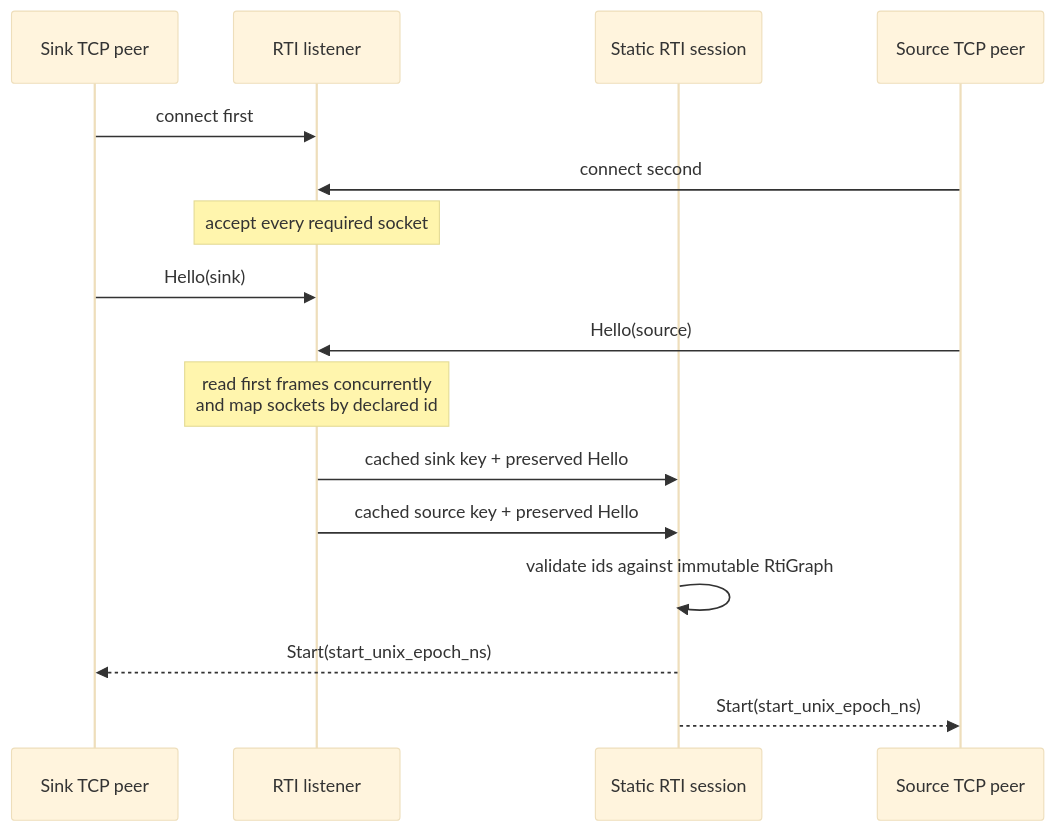
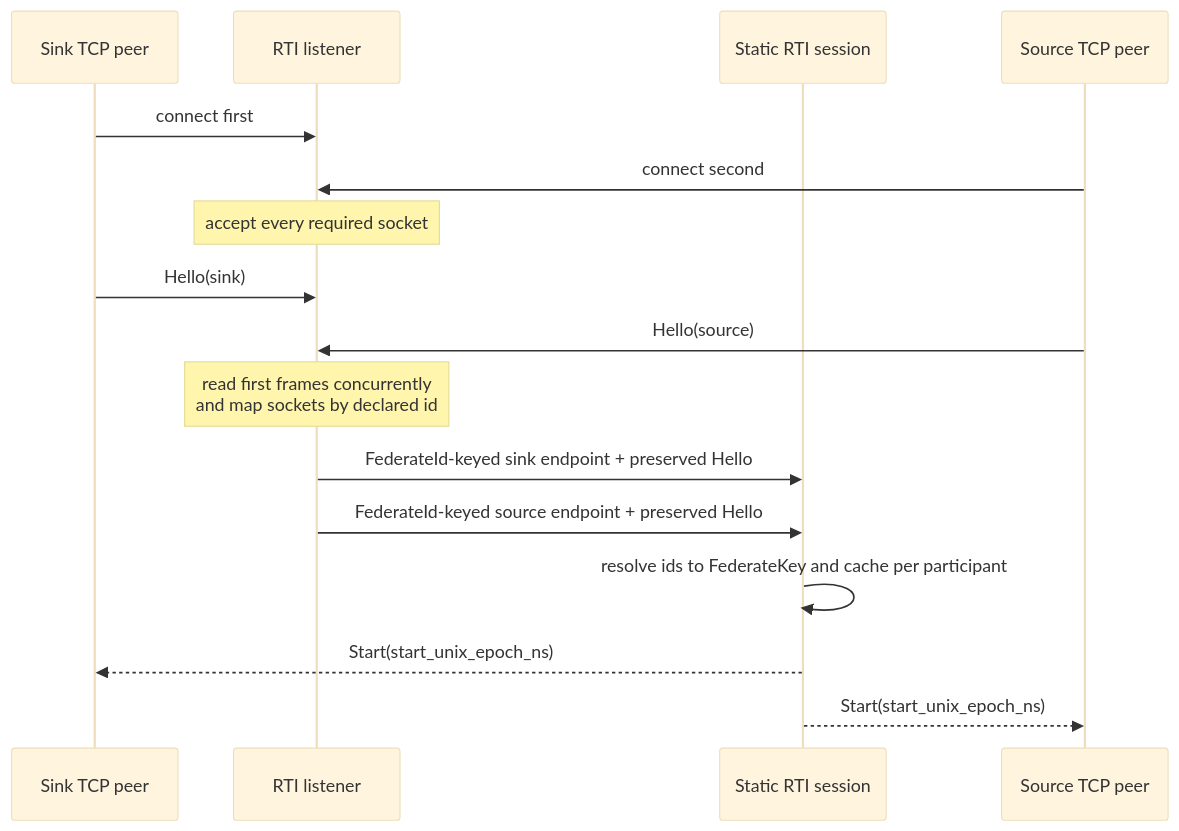
One commit to jondo2010/boomerang changed the first of 4 diagrams in docs/federated-protocol.md. Above: the diagram before and after it, drawn with Mermaid (base theme). The commit also changed other lines of this file, not shown here.

Commit message:
docs(federated): clarify protocol graph handoff

````diff
--- a/docs/federated-protocol.md
+++ b/docs/federated-protocol.md
@@ -40,19 +40,19 @@
 ```mermaid
 sequenceDiagram
     participant S as Sink TCP peer
     participant L as RTI listener
     participant R as Static RTI session
     participant O as Source TCP peer
 
     S->>L: connect first
     O->>L: connect second
     Note over L: accept every required socket
     S->>L: Hello(sink)
     O->>L: Hello(source)
     Note over L: read first frames concurrently<br/>and map sockets by declared id
-    L->>R: cached sink key + preserved Hello
-    L->>R: cached source key + preserved Hello
-    R->>R: validate ids against immutable RtiGraph
+    L->>R: FederateId-keyed sink endpoint + preserved Hello
+    L->>R: FederateId-keyed source endpoint + preserved Hello
+    R->>R: resolve ids to FederateKey and cache per participant
     R-->>S: Start(start_unix_epoch_ns)
     R-->>O: Start(start_unix_epoch_ns)
 ```
````
